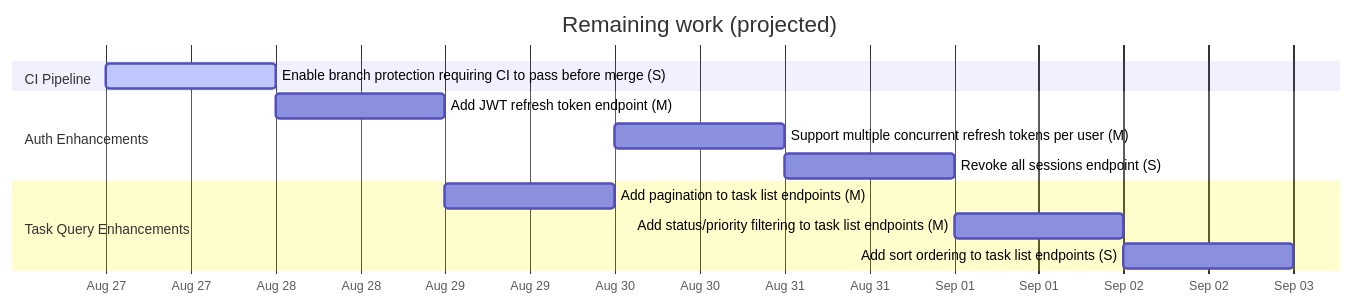
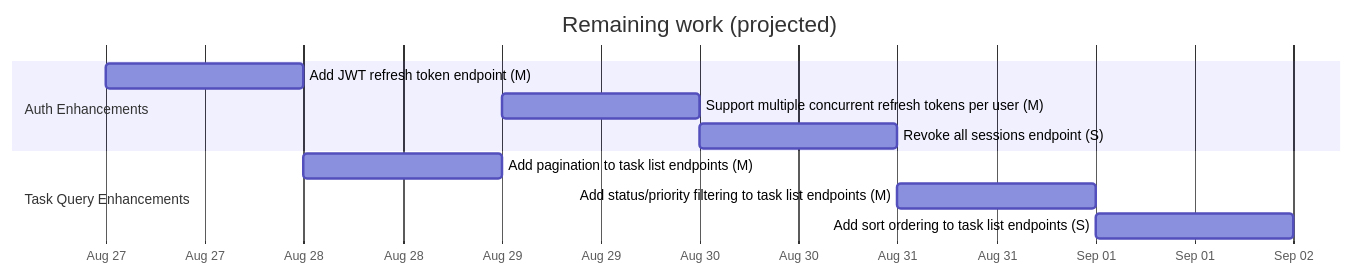
The first of 2 diagrams in docs/project/ROADMAP.md (compadrejunior/postman-demo), drawn with Mermaid before and after one commit. The commit also changed other lines of this file and 5 other files, not shown here.

````diff
--- a/docs/project/ROADMAP.md
+++ b/docs/project/ROADMAP.md
@@ -17,16 +17,14 @@
 ```mermaid
 gantt
     dateFormat YYYY-MM-DD
     axisFormat %b %d
     title Remaining work (projected)
-    section CI Pipeline
-    Enable branch protection requiring CI to pass before merge (S) :active, 2026-08-27, 2026-08-28
     section Auth Enhancements
-    Add JWT refresh token endpoint (M) :2026-08-28, 2026-08-29
-    Support multiple concurrent refresh tokens per user (M) :2026-08-30, 2026-08-31
-    Revoke all sessions endpoint (S) :2026-08-31, 2026-09-01
+    Add JWT refresh token endpoint (M) :2026-08-27, 2026-08-28
+    Support multiple concurrent refresh tokens per user (M) :2026-08-29, 2026-08-30
+    Revoke all sessions endpoint (S) :2026-08-30, 2026-08-31
     section Task Query Enhancements
-    Add pagination to task list endpoints (M) :2026-08-29, 2026-08-30
-    Add status/priority filtering to task list endpoints (M) :2026-09-01, 2026-09-02
-    Add sort ordering to task list endpoints (S) :2026-09-02, 2026-09-03
+    Add pagination to task list endpoints (M) :2026-08-28, 2026-08-29
+    Add status/priority filtering to task list endpoints (M) :2026-08-31, 2026-09-01
+    Add sort ordering to task list endpoints (S) :2026-09-01, 2026-09-02
 ```
````
